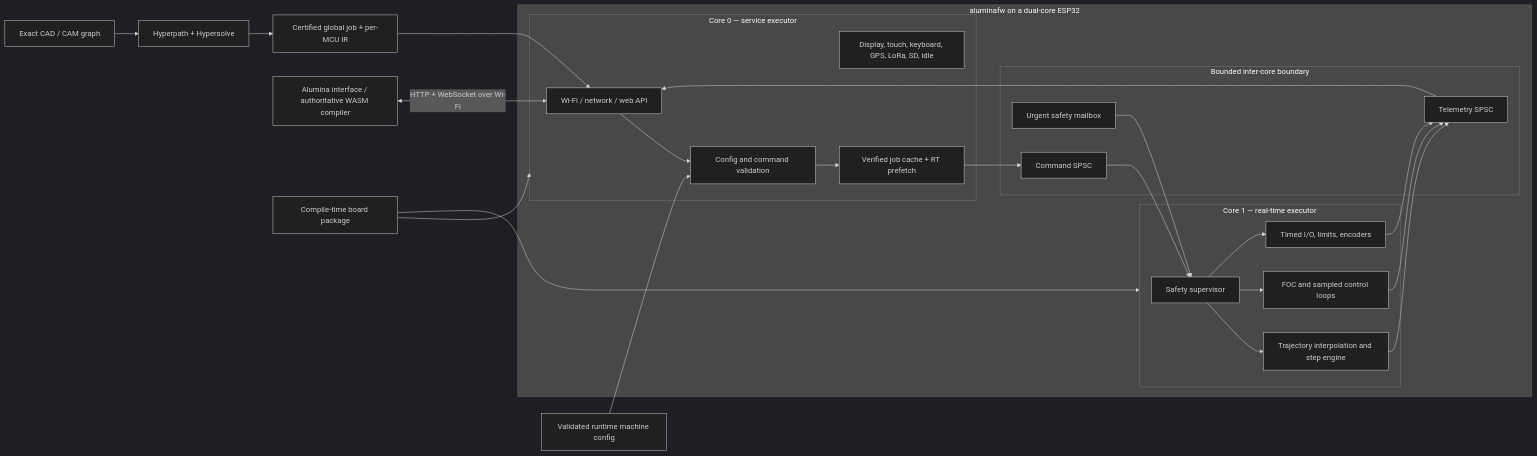
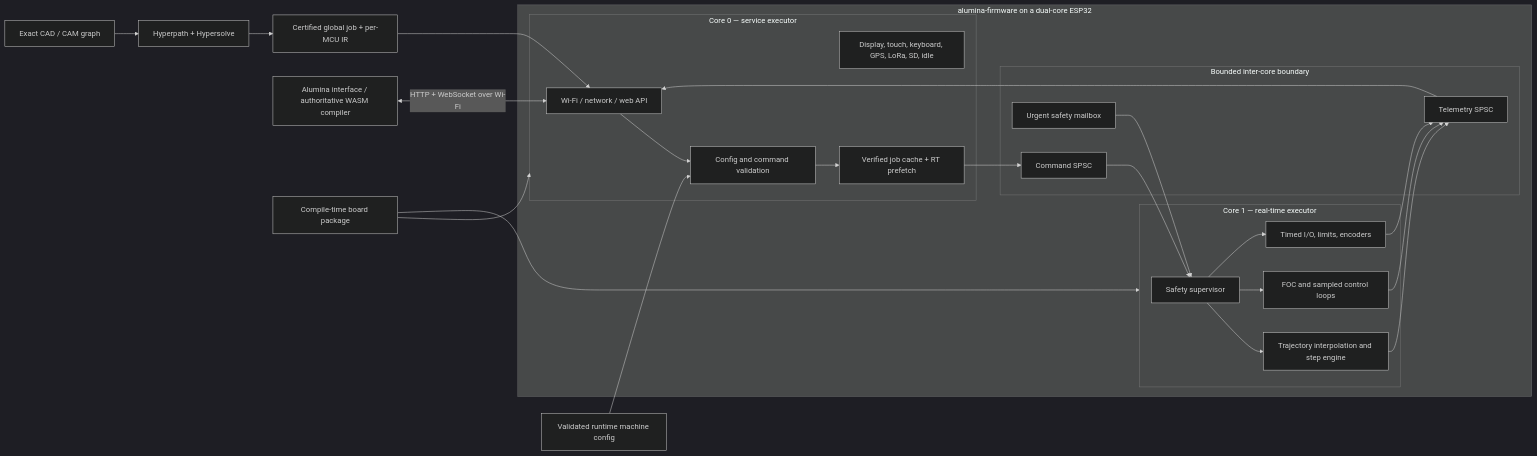
Before and after one commit to timschmidt/alumina-firmware: the first of 2 diagrams in docs/ARCHITECTURE.md, drawn with Mermaid (dark theme). The commit also changed other lines of this file and 87 other files, not shown here.

Commit message:
Rename aluminafw to alumina-firmware across project files

````diff
--- a/docs/ARCHITECTURE.md
+++ b/docs/ARCHITECTURE.md
@@ -5,40 +5,40 @@
 ```mermaid
 flowchart LR
     CAD[Exact CAD / CAM graph] --> HP[Hyperpath + Hypersolve]
     HP --> MIR[Certified global job + per-MCU IR]
     UI[Alumina interface / authoritative WASM compiler] <-->|HTTP + WebSocket over Wi-Fi| SVC
 
-    subgraph ESP32[aluminafw on a dual-core ESP32]
+    subgraph ESP32[alumina-firmware on a dual-core ESP32]
         subgraph C0[Core 0 — service executor]
             SVC[Wi-Fi / network / web API]
             BG[Display, touch, keyboard, GPS, LoRa, SD, idle]
             VAL[Config and command validation]
             CACHE[Verified job cache + RT prefetch]
         end
         subgraph X[Bounded inter-core boundary]
             CMD[Command SPSC]
             URG[Urgent safety mailbox]
             TEL[Telemetry SPSC]
         end
         subgraph C1[Core 1 — real-time executor]
             SAFE[Safety supervisor]
             MOTION[Trajectory interpolation and step engine]
             FOC[FOC and sampled control loops]
             RTIO[Timed I/O, limits, encoders]
         end
         SVC --> VAL --> CACHE --> CMD --> SAFE
         URG --> SAFE
         SAFE --> MOTION
         SAFE --> FOC
         SAFE --> RTIO
         MOTION --> TEL
         FOC --> TEL
         RTIO --> TEL
         TEL --> SVC
     end
 
     MIR --> SVC
     BOARD[Compile-time board package] --> C0
     BOARD --> C1
     MACHINE[Validated runtime machine config] --> VAL
 ```
````
